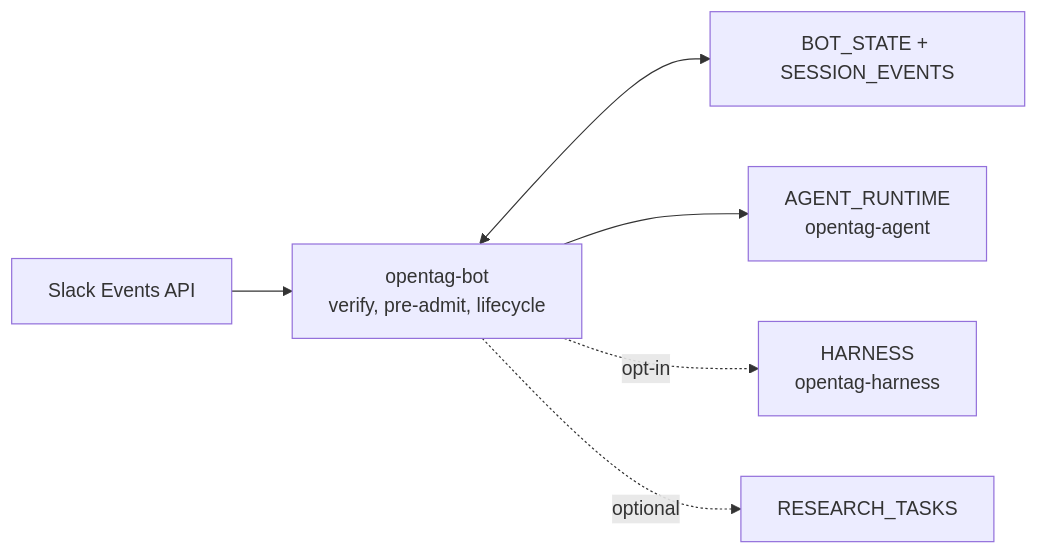
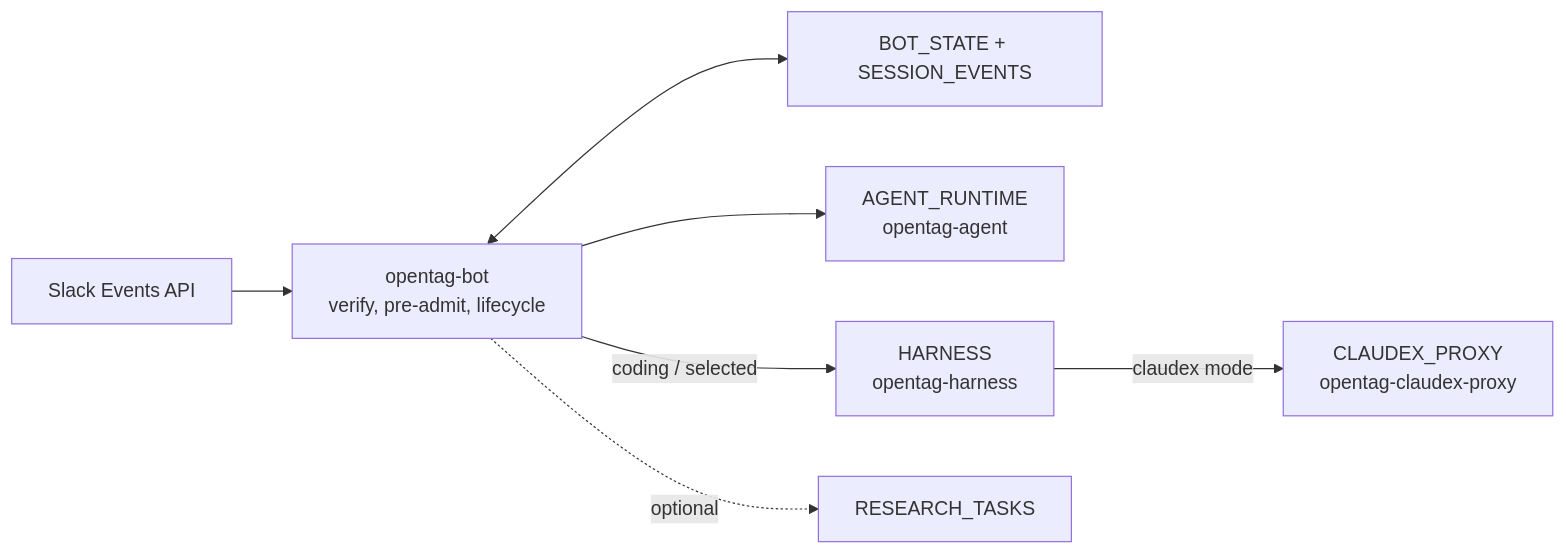
One commit to wcordelo/opentag changed the diagram in setup.md. Above: the diagram before and after it, drawn with Mermaid. The commit also changed other lines of this file and 14 other files, not shown here.

Commit message:
Document production Claudex architecture

````diff
--- a/setup.md
+++ b/setup.md
@@ -10,8 +10,9 @@
 ```mermaid
 flowchart LR
     Slack["Slack Events API"] --> Bot["opentag-bot<br/>verify, pre-admit, lifecycle"]
     Bot <--> State["BOT_STATE + SESSION_EVENTS"]
     Bot --> Agent["AGENT_RUNTIME<br/>opentag-agent"]
-    Bot -. opt-in .-> Harness["HARNESS<br/>opentag-harness"]
+    Bot -->|"coding / selected"| Harness["HARNESS<br/>opentag-harness"]
+    Harness -->|"claudex mode"| Proxy["CLAUDEX_PROXY<br/>opentag-claudex-proxy"]
     Bot -. optional .-> Research["RESEARCH_TASKS"]
 ```
````
